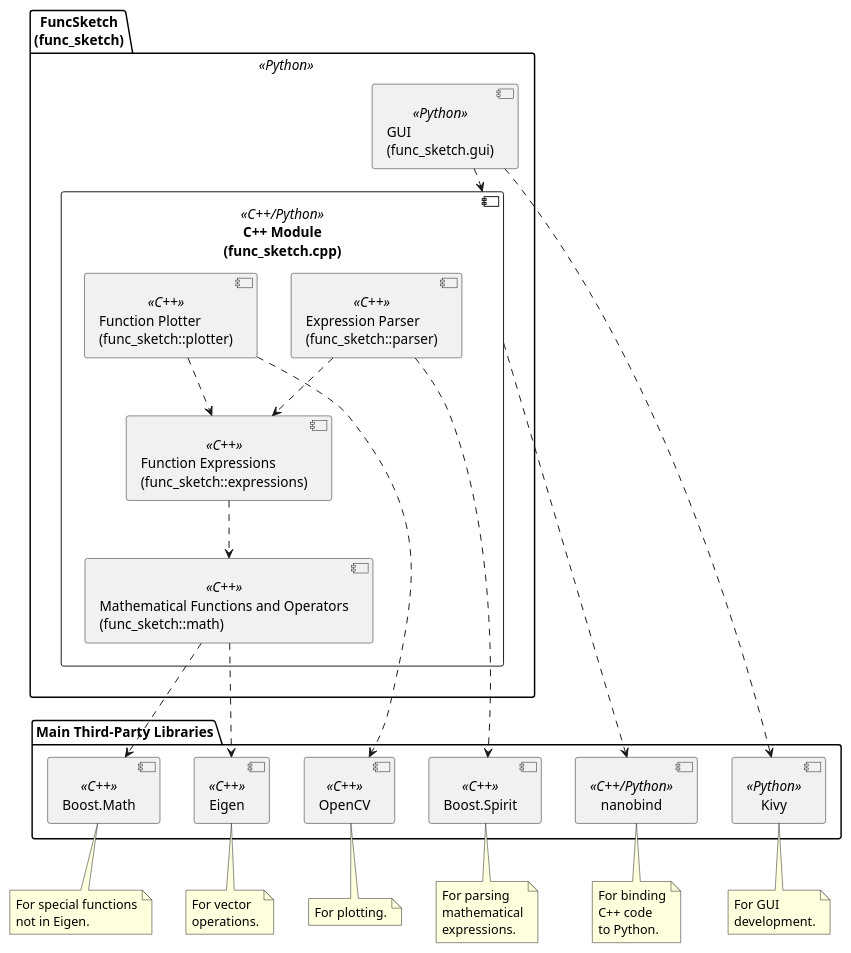
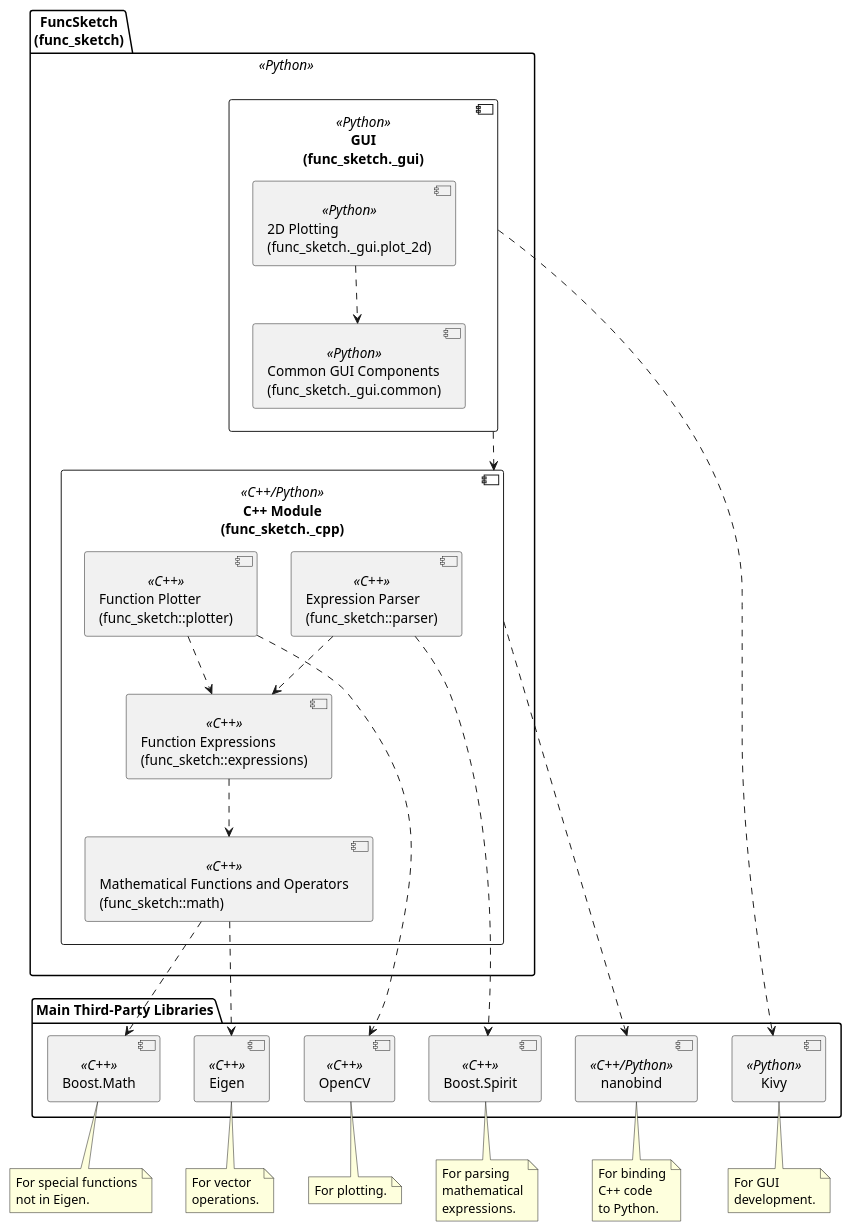
Before and after one commit to MusicScience37/FuncSketch: the diagram in docs/sphinx/design_notes/modules.puml, drawn with PlantUML.

Commit message:
:books: Update documents.

```diff
--- a/docs/sphinx/design_notes/modules.puml
+++ b/docs/sphinx/design_notes/modules.puml
@@ -1,73 +1,77 @@
 @startuml structure_module
 
 package "FuncSketch\n(func_sketch)" <<Python>> {
-    component "GUI\n(func_sketch.gui)" <<Python>> as gui
+    component "GUI\n(func_sketch._gui)" <<Python>> as gui {
+        component "2D Plotting\n(func_sketch._gui.plot_2d)" <<Python>> as plot_2d
+        component "Common GUI Components\n(func_sketch._gui.common)" <<Python>> as common
+    }
 
-    component "C++ Module\n(func_sketch.cpp)" <<C++/Python>> as cpp_module {
+    component "C++ Module\n(func_sketch._cpp)" <<C++/Python>> as cpp_module {
         component "Function Plotter\n(func_sketch::plotter)" <<C++>> as plotter
         component "Function Expressions\n(func_sketch::expressions)" <<C++>> as expressions
         component "Expression Parser\n(func_sketch::parser)" <<C++>> as parser
         component "Mathematical Functions and Operators\n(func_sketch::math)" <<C++>> as math
     }
 }
 
 package "Main Third-Party Libraries" {
     component "Kivy" <<Python>>
 
     component "Boost.Spirit" <<C++>>
     component "Boost.Math" <<C++>>
     component "Eigen" <<C++>>
     component "OpenCV" <<C++>>
     component "nanobind" <<C++/Python>>
 }
 
-gui ..> cpp_module
+gui ...> cpp_module
+plot_2d ..> common
 parser ..> expressions
 plotter ..> expressions
 expressions ..> math
 
 gui ..> "Kivy"
 parser ..> "Boost.Spirit"
 math ..> "Eigen"
 math ..> "Boost.Math"
 plotter ..> "OpenCV"
 cpp_module ..> "nanobind"
 
 note as boost_spirit_note
     For parsing
     mathematical
     expressions.
 end note
 "Boost.Spirit" .. boost_spirit_note
 
 note as boost_math_note
     For special functions
     not in Eigen.
 end note
 "Boost.Math" .. boost_math_note
 
 note as eigen_note
     For vector
     operations.
 end note
 "Eigen" .. eigen_note
 
 note as opencv_note
     For plotting.
 end note
 "OpenCV" .. opencv_note
 
 note as nanobind_note
     For binding
     C++ code
     to Python.
 end note
 "nanobind" .. nanobind_note
 
 note as kivy_note
     For GUI
     development.
 end note
 "Kivy" .. kivy_note
 
 @enduml
```
